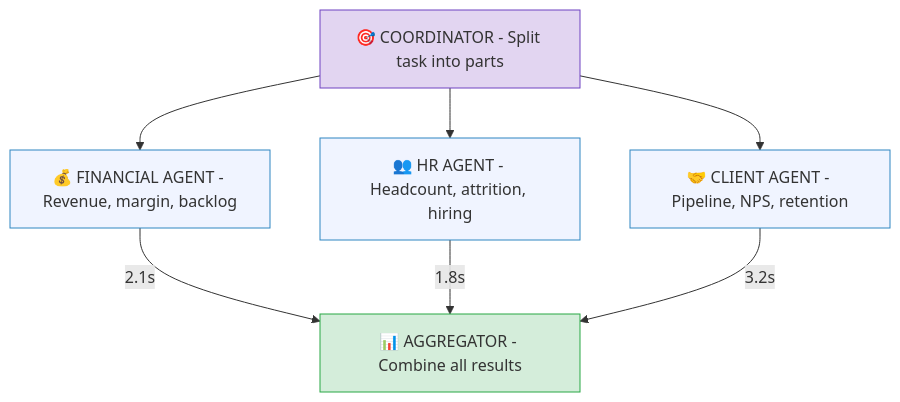
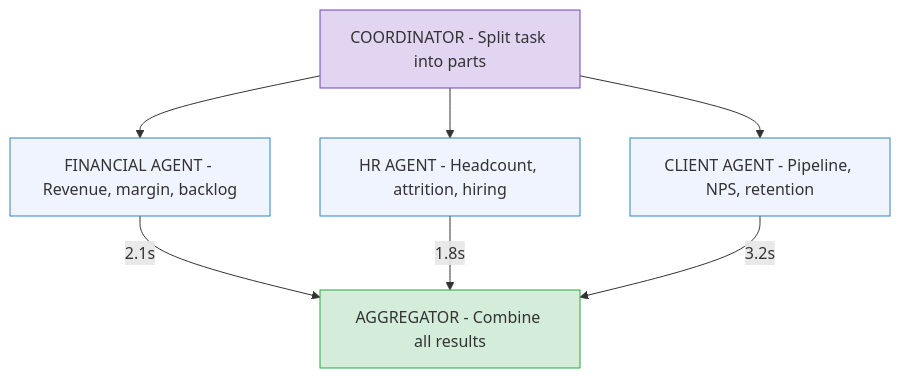
One commit to ithinktavo/GenAI-Engineering-Handbook changed the third of 8 diagrams in docs/09-orchestration-patterns.md. Above: the diagram before and after it, drawn with Mermaid. The commit also changed other lines of this file and 10 other files, not shown here.

Commit message:
Diagram updates

````diff
--- a/docs/09-orchestration-patterns.md
+++ b/docs/09-orchestration-patterns.md
@@ -77,19 +77,19 @@
 ```mermaid
 graph TD
-    Coord["🎯 COORDINATOR - Split task into parts"]
-    Fin["💰 FINANCIAL AGENT - Revenue, margin, backlog"]
-    HR["👥 HR AGENT - Headcount, attrition, hiring"]
-    Client["🤝 CLIENT AGENT - Pipeline, NPS, retention"]
-    Agg["📊 AGGREGATOR - Combine all results"]
+    Coord["COORDINATOR - Split task into parts"]
+    Fin["FINANCIAL AGENT - Revenue, margin, backlog"]
+    HR["HR AGENT - Headcount, attrition, hiring"]
+    Client["CLIENT AGENT - Pipeline, NPS, retention"]
+    Agg["AGGREGATOR - Combine all results"]
 
     Coord --> Fin & HR & Client
     Fin -- "2.1s" --> Agg
     HR -- "1.8s" --> Agg
     Client -- "3.2s" --> Agg
 
     style Coord fill:#e2d5f1,stroke:#6f42c1
     style Fin fill:#f0f4ff,stroke:#2E86C1
     style HR fill:#f0f4ff,stroke:#2E86C1
     style Client fill:#f0f4ff,stroke:#2E86C1
     style Agg fill:#d4edda,stroke:#28a745
 ```
````
